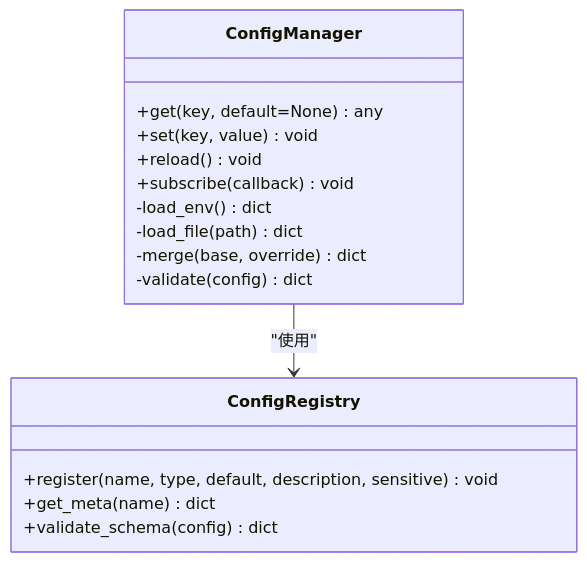
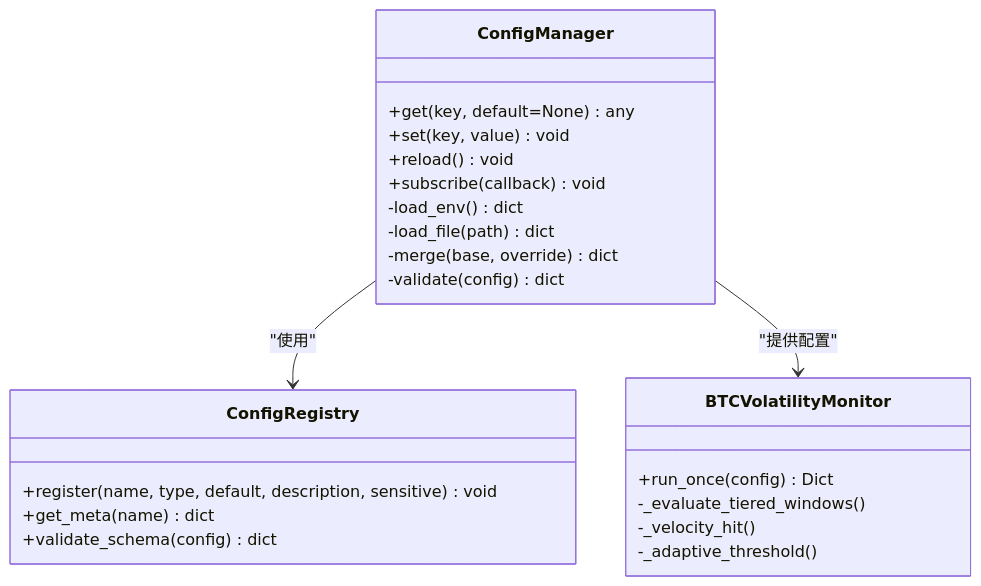
One commit to anYaoooo/daily_stock_analysis changed the third of 5 diagrams in .qoder/repowiki/zh/content/配置管理.md. Above: the diagram before and after it, drawn with Mermaid. The commit also changed other lines of this file and 148 other files, not shown here.

````diff
--- a/.qoder/repowiki/zh/content/配置管理.md
+++ b/.qoder/repowiki/zh/content/配置管理.md
@@ -184,19 +206,26 @@
 ```mermaid
 classDiagram
 class ConfigManager {
 +get(key, default=None) any
 +set(key, value) void
 +reload() void
 +subscribe(callback) void
 -load_env() dict
 -load_file(path) dict
 -merge(base, override) dict
 -validate(config) dict
 }
 class ConfigRegistry {
 +register(name, type, default, description, sensitive) void
 +get_meta(name) dict
 +validate_schema(config) dict
 }
+class BTCVolatilityMonitor {
++run_once(config) Dict
+-_evaluate_tiered_windows()
+-_velocity_hit()
+-_adaptive_threshold()
+}
 ConfigManager --> ConfigRegistry : "使用"
+ConfigManager --> BTCVolatilityMonitor : "提供配置"
 ```
````
